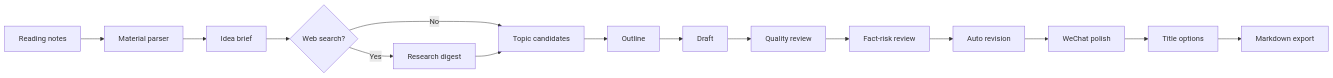
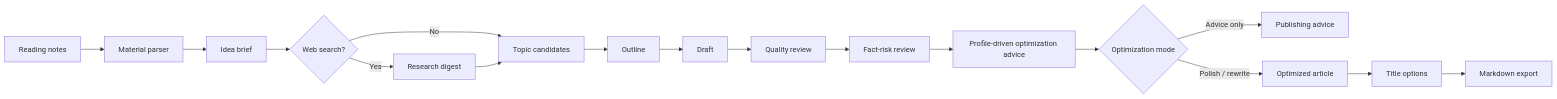
One commit to yuzhao6chen/NoteForge-AI changed the first of 2 diagrams in README.md. Above: the diagram before and after it, drawn with Mermaid. The commit also changed other lines of this file and 21 other files, not shown here.

````diff
--- a/README.md
+++ b/README.md
@@ -53,17 +73,19 @@
 ```mermaid
 flowchart LR
   A[Reading notes] --> B[Material parser]
   B --> C[Idea brief]
   C --> D{Web search?}
   D -->|Yes| E[Research digest]
   D -->|No| F[Topic candidates]
   E --> F
   F --> G[Outline]
   G --> H[Draft]
   H --> I[Quality review]
   I --> J[Fact-risk review]
-  J --> K[Auto revision]
-  K --> L[WeChat polish]
-  L --> M[Title options]
-  M --> N[Markdown export]
+  J --> K[Profile-driven optimization advice]
+  K --> L{Optimization mode}
+  L -->|Advice only| M[Publishing advice]
+  L -->|Polish / rewrite| N[Optimized article]
+  N --> O[Title options]
+  O --> P[Markdown export]
 ```
````
